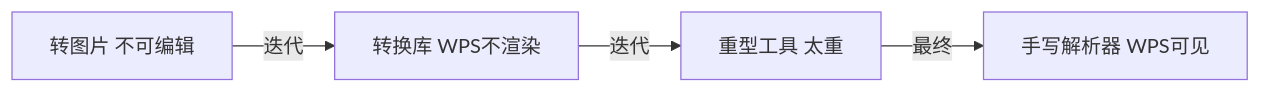
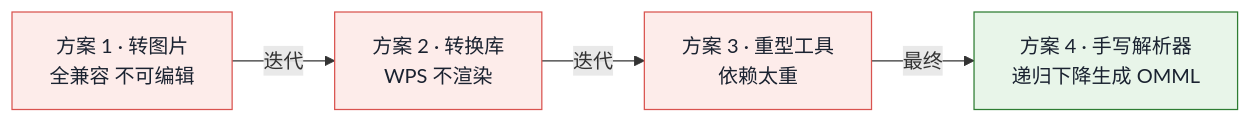
Before and after one commit to int2t05/internship: the ninth of 13 diagrams in manuscript.md, drawn with Mermaid. The commit also changed other lines of this file and 13 other files, not shown here.

Commit message:
改进图片

````diff
--- a/manuscript.md
+++ b/manuscript.md
@@ -322,6 +422,10 @@
 ```mermaid
 flowchart LR
-    F1[转图片 不可编辑] -->|迭代| F2[转换库 WPS不渲染]
-    F2 -->|迭代| F3[重型工具 太重]
-    F3 -->|最终| F4[手写解析器 WPS可见]
+    F1["方案 1 · 转图片<br/>全兼容 不可编辑"] -->|迭代| F2["方案 2 · 转换库<br/>WPS 不渲染"]
+    F2 -->|迭代| F3["方案 3 · 重型工具<br/>依赖太重"]
+    F3 -->|最终| F4["方案 4 · 手写解析器<br/>递归下降生成 OMML"]
+    classDef bad fill:#FDECEA,stroke:#D9534F,color:#1A2230
+    classDef ok fill:#E8F5E9,stroke:#2E7D32,color:#1A2230
+    class F1,F2,F3 bad
+    class F4 ok
 ```
````
